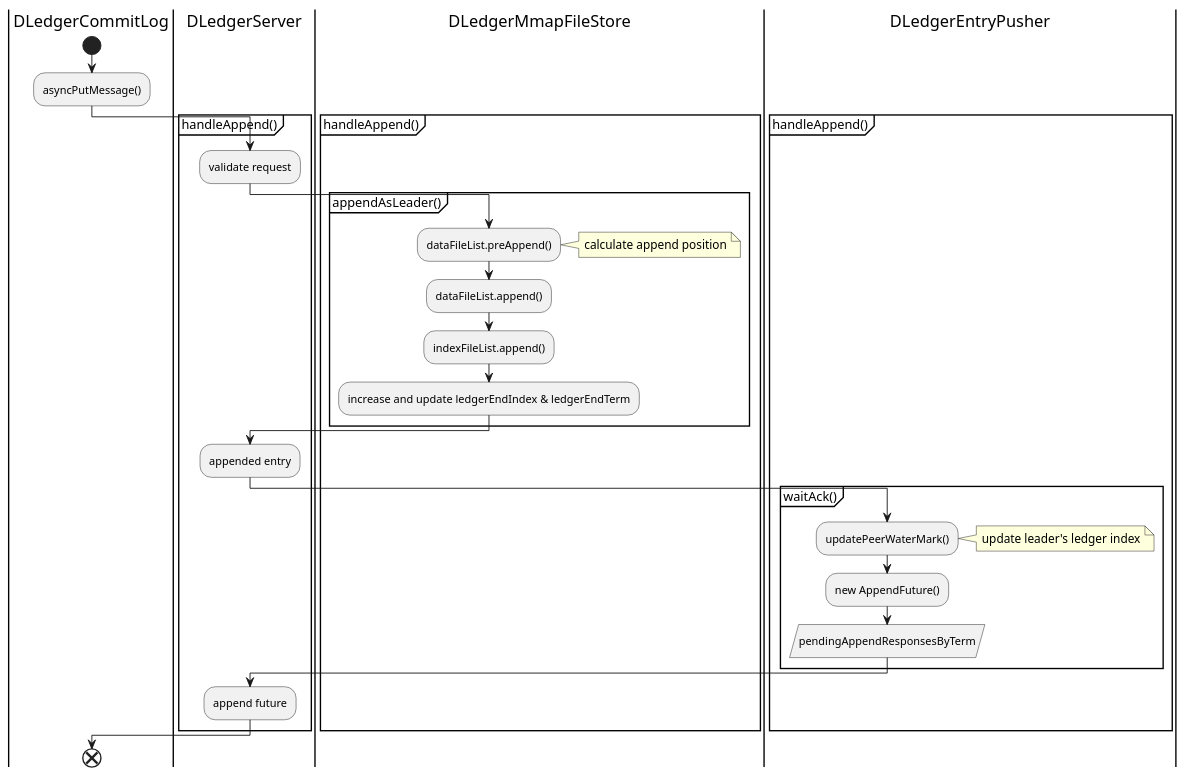
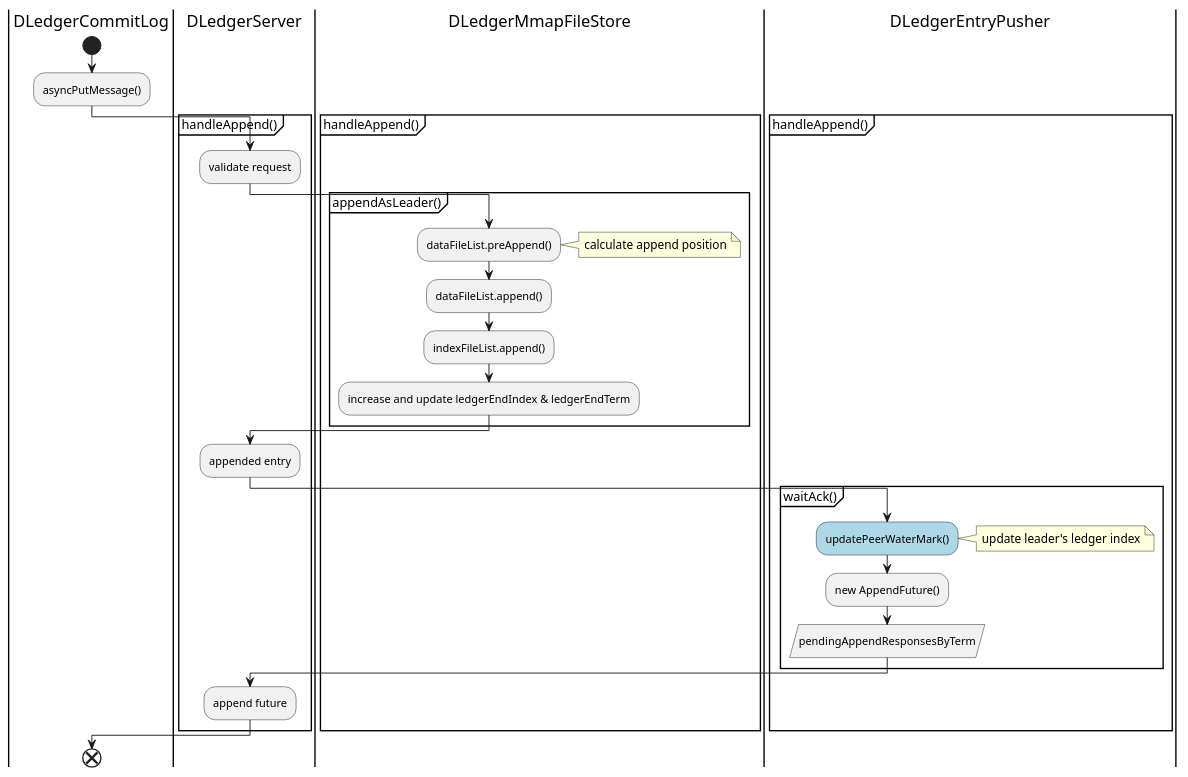
One commit to HScarb/knowledge changed the diagram in rocketmq/99991231-rocketmq-dledger-log-replication.assets/dledger-append-leader.puml. Above: the diagram before and after it, drawn with PlantUML. The commit also changed 5 other files, not shown here.

```diff
--- a/rocketmq/99991231-rocketmq-dledger-log-replication.assets/dledger-append-leader.puml
+++ b/rocketmq/99991231-rocketmq-dledger-log-replication.assets/dledger-append-leader.puml
@@ -1,37 +1,37 @@
 @startuml
 |DLedgerCommitLog|
 start
 :asyncPutMessage();
 |DLedgerServer|
 partition handleAppend() {
     :validate request;
     partition appendAsLeader() {
         |DLedgerMmapFileStore|
         :dataFileList.preAppend();
         note right: calculate append position
         :dataFileList.append();
         :indexFileList.append();
         :increase and update ledgerEndIndex & ledgerEndTerm;
     }
     |DLedgerServer|
     :appended entry;
     |DLedgerEntryPusher|
     partition waitAck() {
-        :updatePeerWaterMark();
+        #LightBlue:updatePeerWaterMark();
         note right: update leader's ledger index
         :new AppendFuture();
         ' 每个 term 的待响应的 AppendEntry 请求表
         :pendingAppendResponsesByTerm/
         ' 这里是一种通用的异步编程技巧，Leader节点需要等待
         ' 从节点复制完数据，通常会返回给客户端一个Future对象，客户端可
         ' 以调用该Future的get()方法同步等待结果，而服务端会将日志序号作
         ' 为键，Future作为值存储在内存（ConcurrentMap）中。当结果异步返
         ' 回后，需要根据日志序号找到对应的Future对象，最后填充结果，以
         ' 便客户端被唤醒，从而得到响应结果
     }
     |DLedgerServer|
     :append future;
 }
 |DLedgerCommitLog|
 end
 @enduml
```
